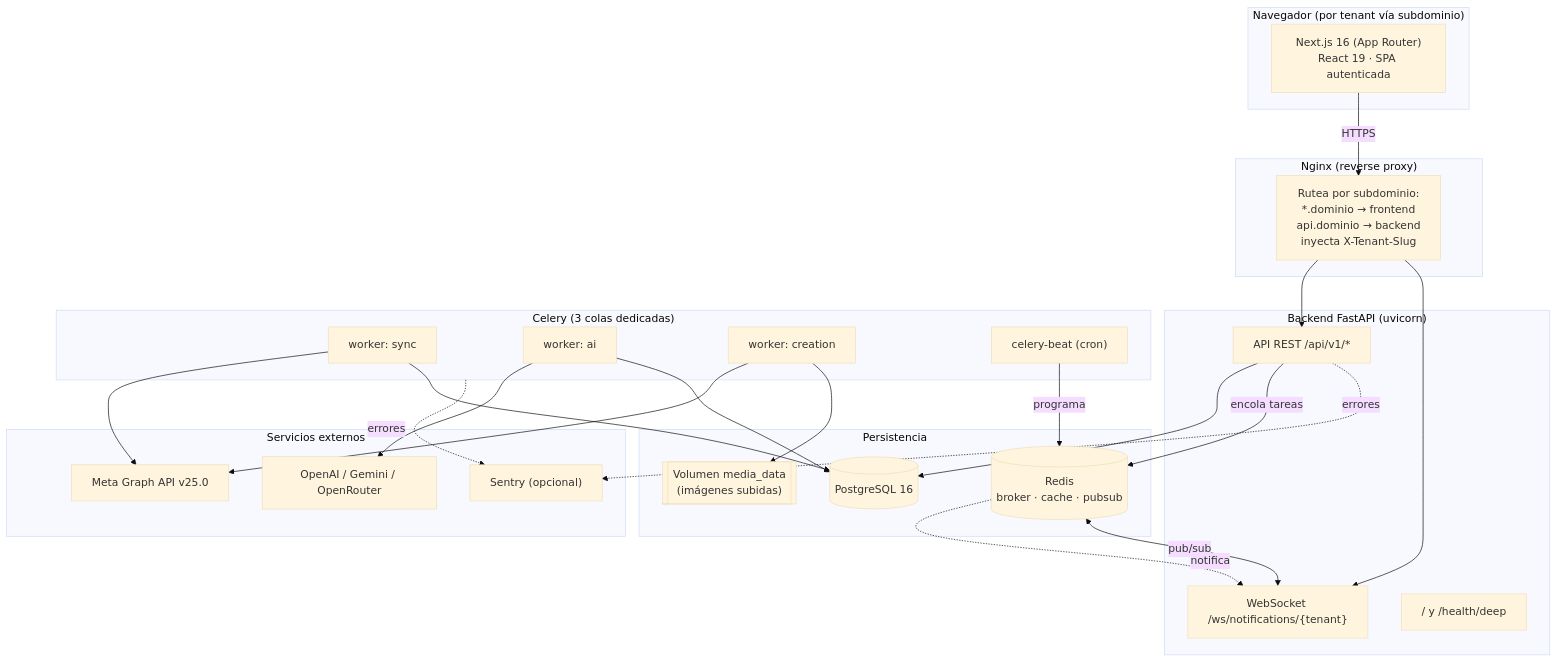
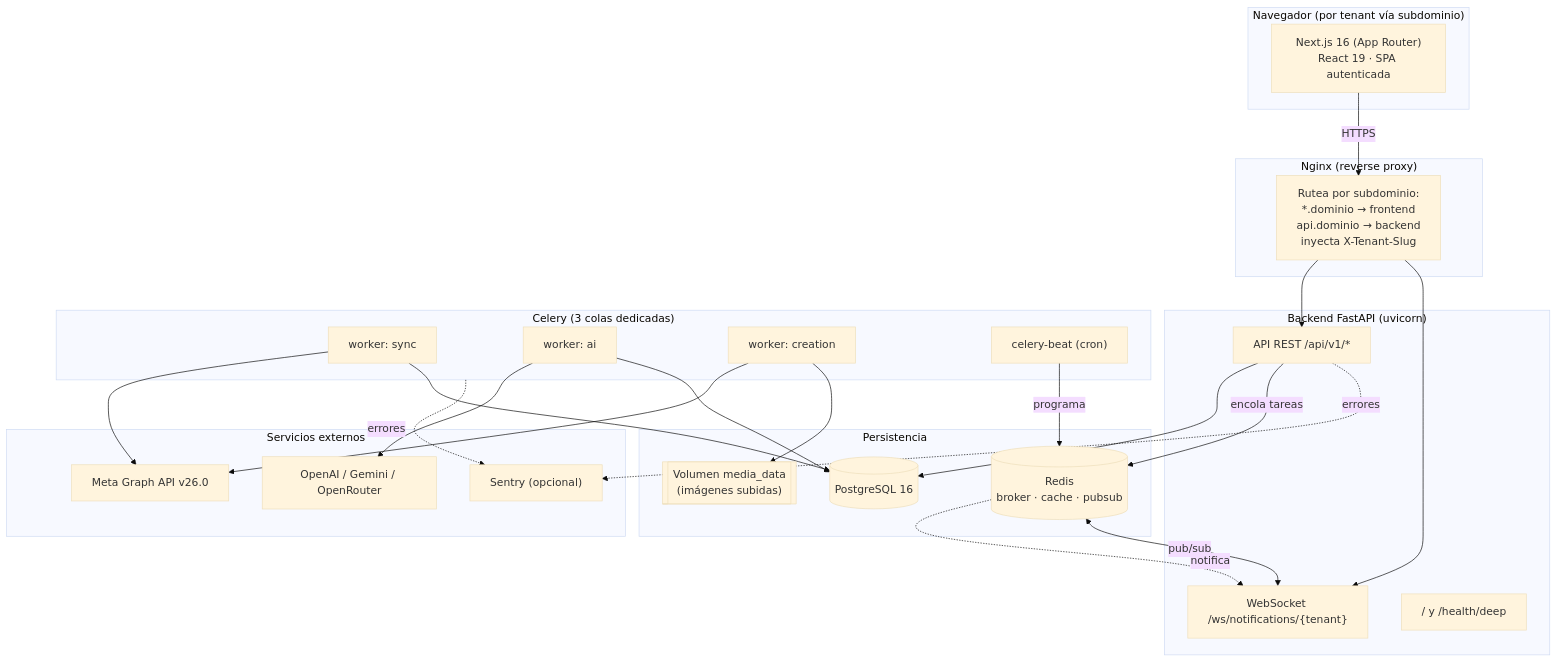
Before and after one commit to lrojascode/Proyecto-lejovista: the first of 3 diagrams in docs/01-arquitectura-general.md, drawn with Mermaid (base theme). The commit also changed 7 other files, not shown here.

First line of the commit message:
feat(meta): fijar la version de la API y que la construccion falle si se desalinea

````diff
--- a/docs/01-arquitectura-general.md
+++ b/docs/01-arquitectura-general.md
@@ -26,52 +26,52 @@
 ```mermaid
 flowchart TB
     subgraph Cliente["Navegador (por tenant vía subdominio)"]
         FE["Next.js 16 (App Router)\nReact 19 · SPA autenticada"]
     end
 
     subgraph Edge["Nginx (reverse proxy)"]
         NG["Rutea por subdominio:\n*.dominio → frontend\napi.dominio → backend\ninyecta X-Tenant-Slug"]
     end
 
     subgraph App["Backend FastAPI (uvicorn)"]
         API["API REST /api/v1/*"]
         WS["WebSocket /ws/notifications/{tenant}"]
         HEALTH["/ y /health/deep"]
     end
 
     subgraph Workers["Celery (3 colas dedicadas)"]
         WSYNC["worker: sync"]
         WAI["worker: ai"]
         WCRE["worker: creation"]
         BEAT["celery-beat (cron)"]
     end
 
     subgraph Data["Persistencia"]
         PG[("PostgreSQL 16")]
         REDIS[("Redis\nbroker · cache · pubsub")]
         MEDIA[["Volumen media_data\n(imágenes subidas)"]]
     end
 
     subgraph Ext["Servicios externos"]
-        META["Meta Graph API v25.0"]
+        META["Meta Graph API v26.0"]
         LLM["OpenAI / Gemini / OpenRouter"]
         SENTRY["Sentry (opcional)"]
     end
 
     FE -->|HTTPS| NG
     NG --> API
     NG --> WS
     API --> PG
     API -->|encola tareas| REDIS
     WS <-->|pub/sub| REDIS
     WSYNC --> META
     WSYNC --> PG
     WAI --> LLM
     WAI --> PG
     WCRE --> META
     WCRE --> MEDIA
     BEAT -->|programa| REDIS
     API -.errores.-> SENTRY
     Workers -.errores.-> SENTRY
     REDIS -.notifica.-> WS
 ```
````
